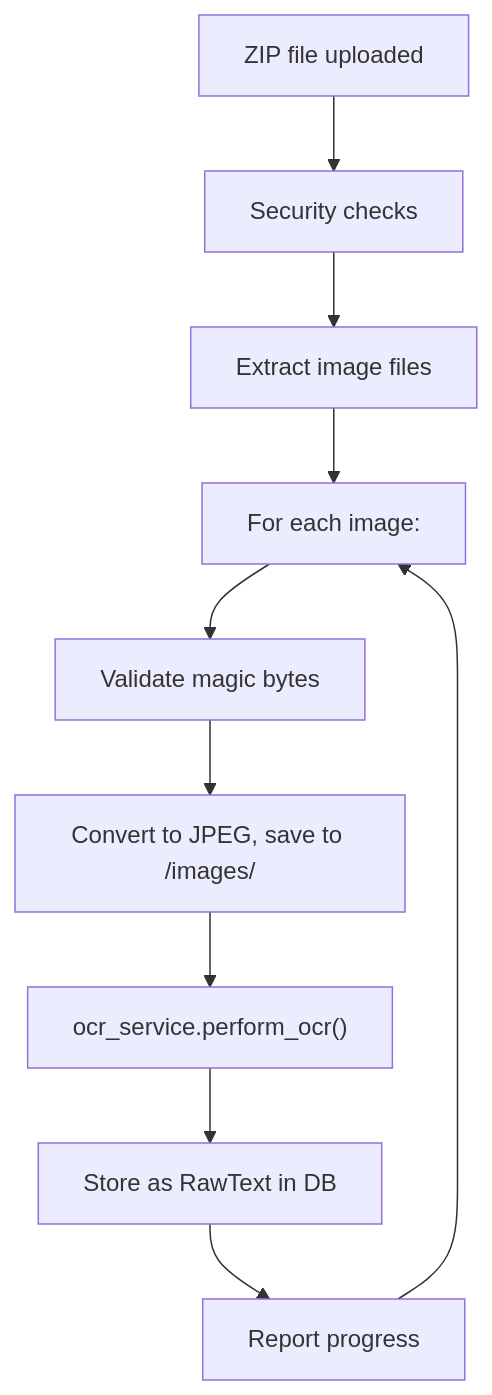
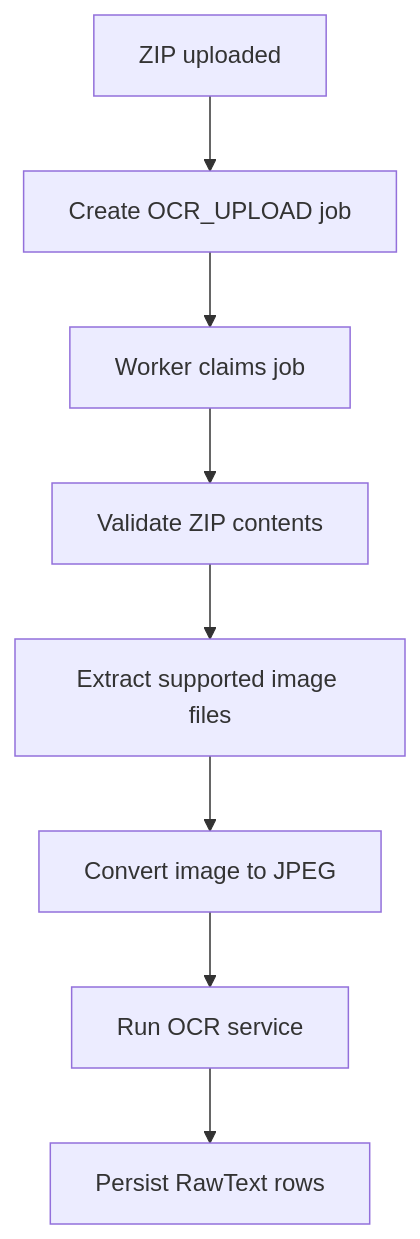
One commit to jhssilv/corcel-platform changed the third of 3 diagrams in api/docs/async-tasks.md. Above: the diagram before and after it, drawn with Mermaid. The commit also changed other lines of this file and 9 other files, not shown here.

````diff
--- a/api/docs/async-tasks.md
+++ b/api/docs/async-tasks.md
@@ -127,12 +117,10 @@
 ```mermaid
 flowchart TD
-    A["ZIP file uploaded"] --> B["Security checks"]
-    B --> C["Extract image files"]
-    C --> D["For each image:"]
-    D --> E["Validate magic bytes"]
-    E --> F["Convert to JPEG, save to /images/"]
-    F --> G["ocr_service.perform_ocr()"]
-    G --> H["Store as RawText in DB"]
-    H --> I["Report progress"]
-    I --> D
+    A["ZIP uploaded"] --> B["Create OCR_UPLOAD job"]
+    B --> C["Worker claims job"]
+    C --> D["Validate ZIP contents"]
+    D --> E["Extract supported image files"]
+    E --> F["Convert image to JPEG"]
+    F --> G["Run OCR service"]
+    G --> H["Persist RawText rows"]
 ```
````
